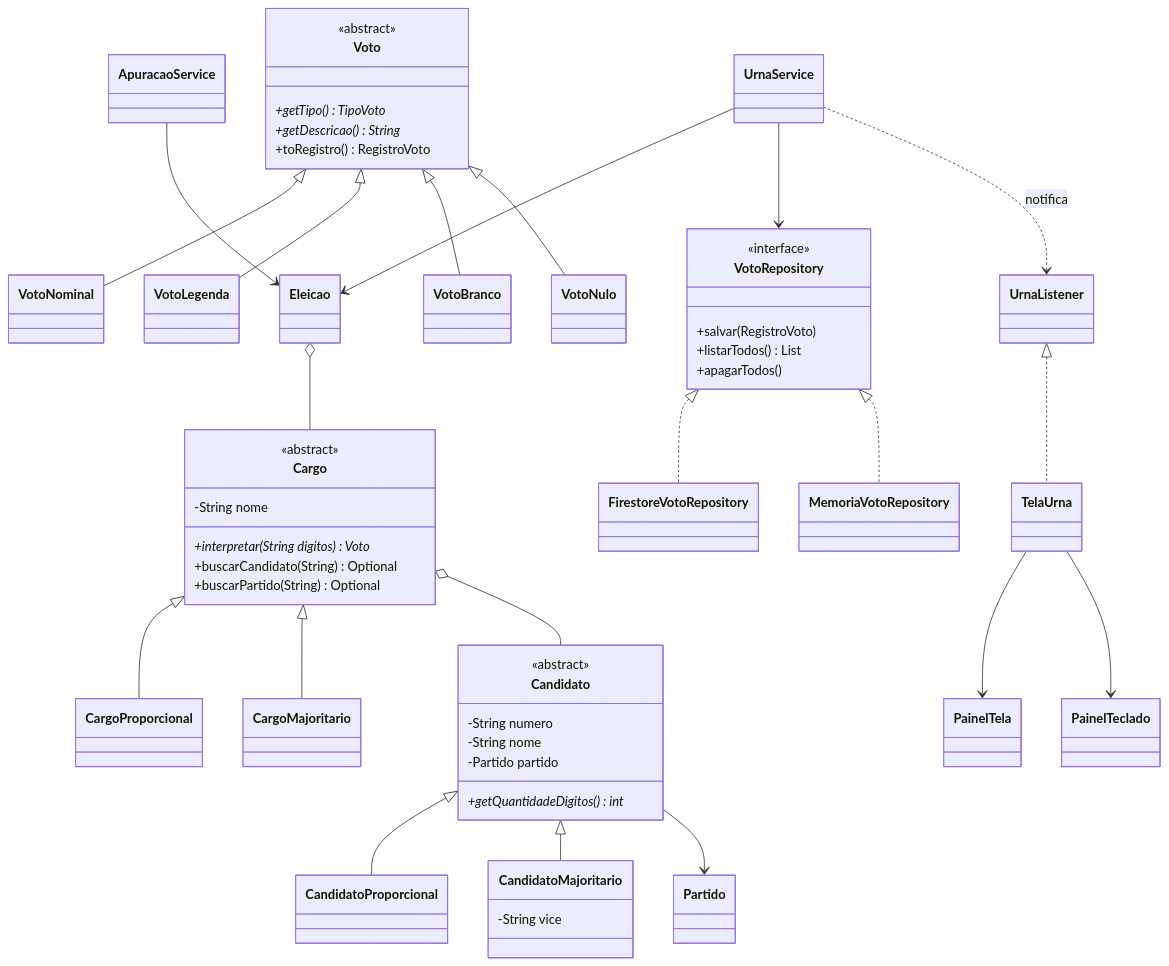
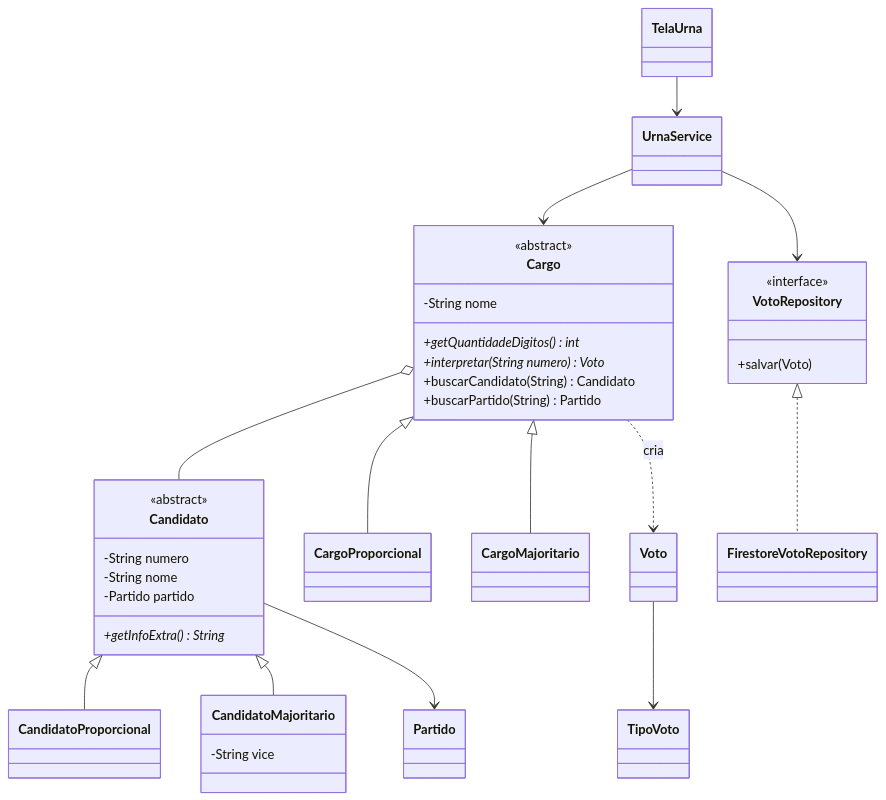
One commit to Guilherme-Bittencourt/urna-cidada changed the diagram in README.md. Above: the diagram before and after it, drawn with Mermaid. The commit also changed other lines of this file and 17 other files, not shown here.

````diff
--- a/README.md
+++ b/README.md
@@ -142,54 +85,38 @@
 ```mermaid
 classDiagram
     class Candidato {
         <<abstract>>
         -String numero
         -String nome
         -Partido partido
-        +getQuantidadeDigitos()* int
+        +getInfoExtra()* String
     }
     Candidato <|-- CandidatoProporcional
     Candidato <|-- CandidatoMajoritario
     CandidatoMajoritario : -String vice
     Candidato --> Partido
 
     class Cargo {
         <<abstract>>
         -String nome
-        +interpretar(String digitos)* Voto
-        +buscarCandidato(String) Optional
-        +buscarPartido(String) Optional
+        +getQuantidadeDigitos()* int
+        +interpretar(String numero)* Voto
+        +buscarCandidato(String) Candidato
+        +buscarPartido(String) Partido
     }
     Cargo <|-- CargoProporcional
     Cargo <|-- CargoMajoritario
     Cargo o-- Candidato
-    Eleicao o-- Cargo
-
-    class Voto {
-        <<abstract>>
-        +getTipo()* TipoVoto
-        +getDescricao()* String
-        +toRegistro() RegistroVoto
-    }
-    Voto <|-- VotoNominal
-    Voto <|-- VotoLegenda
-    Voto <|-- VotoBranco
-    Voto <|-- VotoNulo
+    Cargo ..> Voto : cria
+    Voto --> TipoVoto
 
     class VotoRepository {
         <<interface>>
-        +salvar(RegistroVoto)
-        +listarTodos() List
-        +apagarTodos()
+        +salvar(Voto)
     }
     VotoRepository <|.. FirestoreVotoRepository
-    VotoRepository <|.. MemoriaVotoRepository
 
-    UrnaService --> Eleicao
+    UrnaService --> Cargo
     UrnaService --> VotoRepository
-    UrnaService ..> UrnaListener : notifica
-    UrnaListener <|.. TelaUrna
-    TelaUrna --> PainelTela
-    TelaUrna --> PainelTeclado
-    ApuracaoService --> Eleicao
+    TelaUrna --> UrnaService
 ```
````
